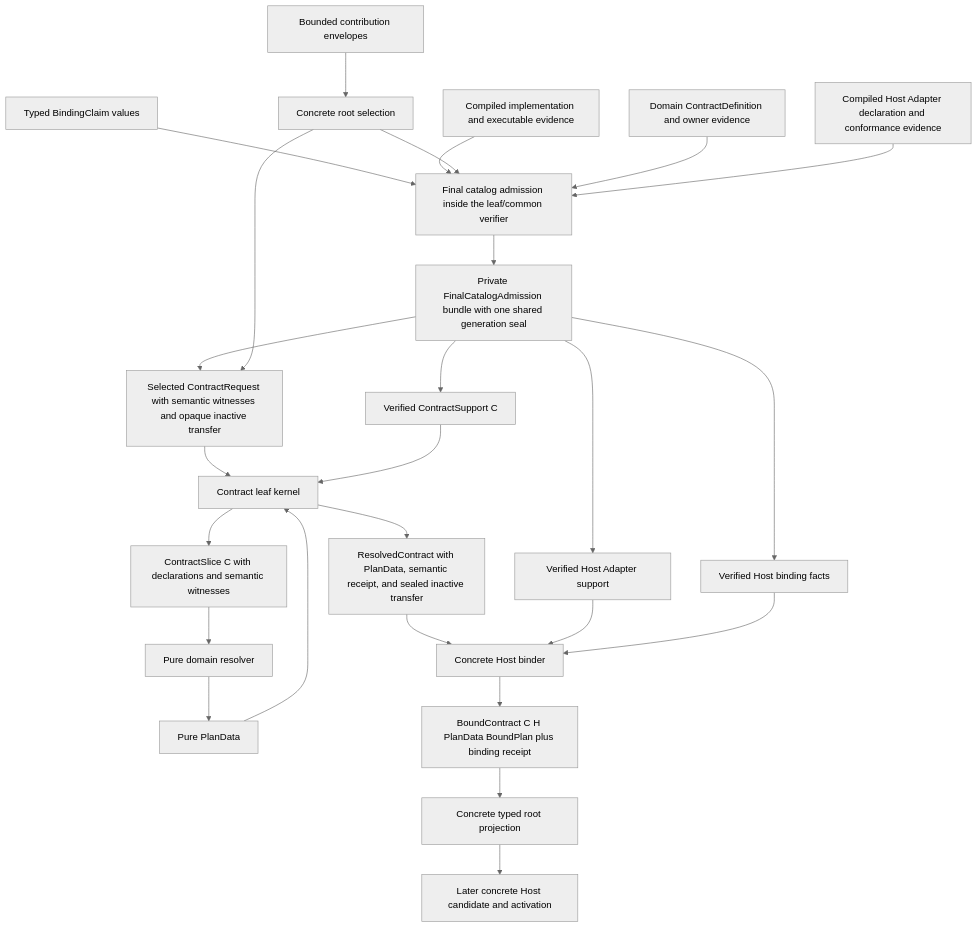
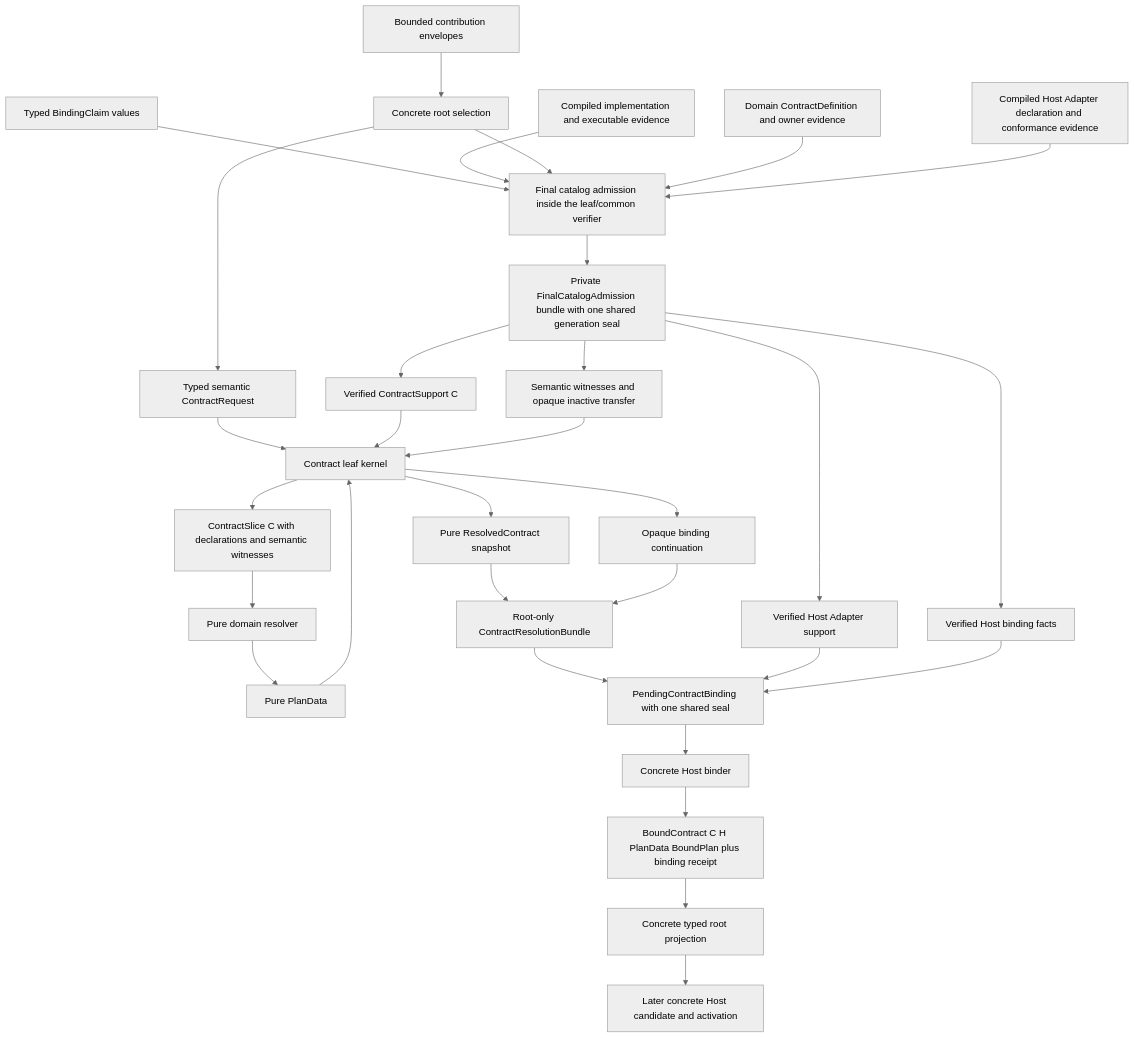
One commit to Latias94/nara changed the diagram in docs/architecture/extension-contract-kernel-interface-design.md. Above: the diagram before and after it, drawn with Mermaid (neutral theme). The commit also changed other lines of this file and 6 other files, not shown here.

First line of the commit message:
docs(architecture): refine extension module interfaces

````diff
--- a/docs/architecture/extension-contract-kernel-interface-design.md
+++ b/docs/architecture/extension-contract-kernel-interface-design.md
@@ -169,28 +170,33 @@
 ```mermaid
 flowchart TD
     Descriptor[Bounded contribution envelopes] --> Select[Concrete root selection]
     Claims[Typed BindingClaim values] --> Admission[Final catalog admission inside the leaf/common verifier]
     Compiled[Compiled implementation and executable evidence] --> Admission
     Select --> Admission
     Definition[Domain ContractDefinition and owner evidence] --> Admission
     Adapter[Compiled Host Adapter declaration and conformance evidence] --> Admission
     Admission --> Admitted[Private FinalCatalogAdmission bundle with one shared generation seal]
     Admitted --> Support[Verified ContractSupport C]
     Admitted --> AdapterSupport[Verified Host Adapter support]
     Admitted --> HostFacts[Verified Host binding facts]
-    Admitted --> Request[Selected ContractRequest with semantic witnesses and opaque inactive transfer]
-    Select --> Request
+    Admitted --> Transfer[Semantic witnesses and opaque inactive transfer]
+    Select --> Request[Typed semantic ContractRequest]
     Request --> Leaf[Contract leaf kernel]
     Support --> Leaf
+    Transfer --> Leaf
     Leaf --> Slice[ContractSlice C with declarations and semantic witnesses]
     Slice --> Domain[Pure domain resolver]
     Domain --> Plan[Pure PlanData]
     Plan --> Leaf
-    Leaf --> Semantic[ResolvedContract with PlanData, semantic receipt, and sealed inactive transfer]
-    Semantic --> Binder[Concrete Host binder]
-    AdapterSupport --> Binder
-    HostFacts --> Binder
+    Leaf --> Semantic[Pure ResolvedContract snapshot]
+    Leaf --> Continuation[Opaque binding continuation]
+    Semantic --> Bundle[Root-only ContractResolutionBundle]
+    Continuation --> Bundle
+    Bundle --> Pending[PendingContractBinding with one shared seal]
+    AdapterSupport --> Pending
+    HostFacts --> Pending
+    Pending --> Binder[Concrete Host binder]
     Binder --> Bound[BoundContract C H PlanData BoundPlan plus binding receipt]
     Bound --> Projection[Concrete typed root projection]
     Projection --> Host[Later concrete Host candidate and activation]
 ```
````
